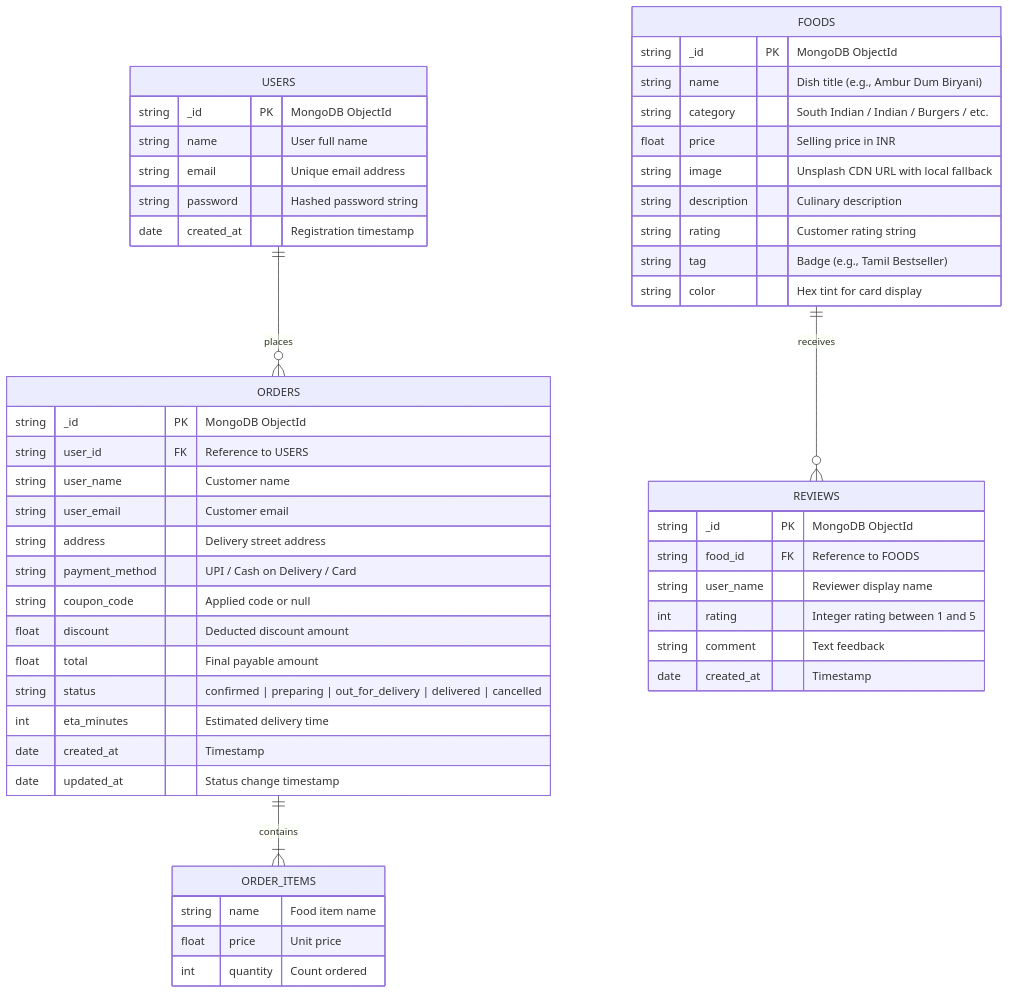
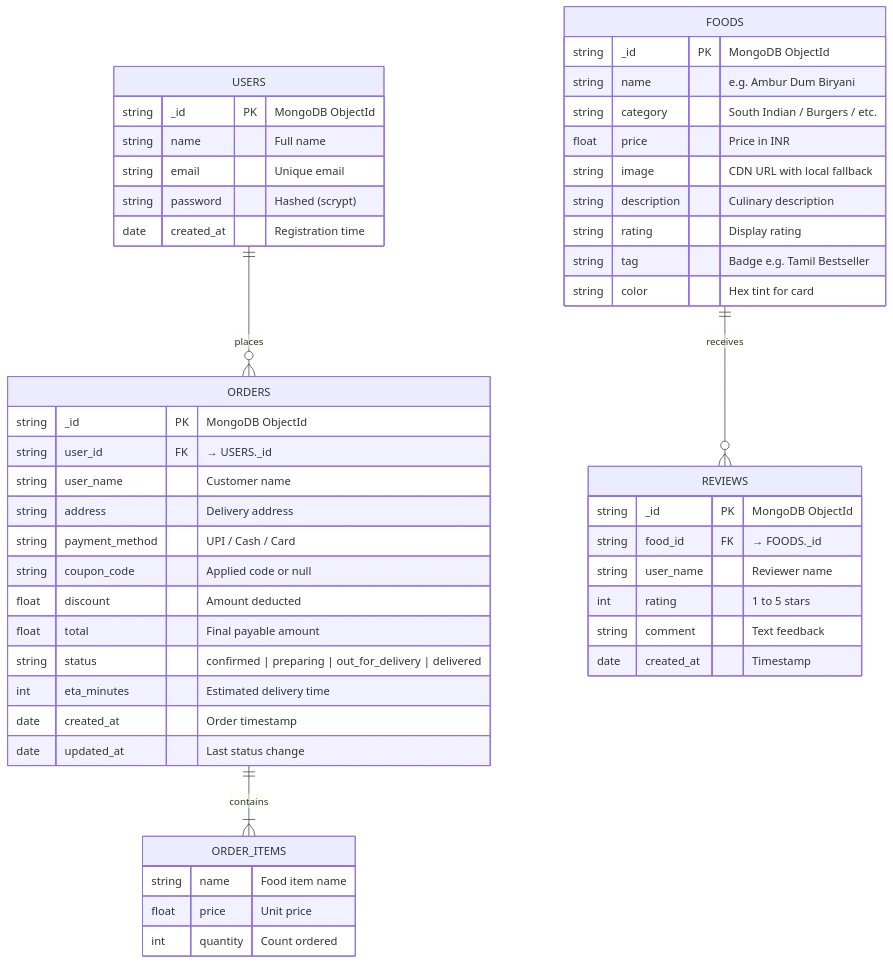
The third of 4 diagrams in SYSTEM_ARCHITECTURE.md (Luffy-44/DevOps_Project), drawn with Mermaid before and after one commit. The commit also changed other lines of this file, not shown here.

Commit message:
docs: rewrite SYSTEM_ARCHITECTURE.md — structured tiers, diagrams, tables, container map

````diff
--- a/SYSTEM_ARCHITECTURE.md
+++ b/SYSTEM_ARCHITECTURE.md
@@ -149,57 +237,56 @@
 ```mermaid
 erDiagram
     USERS ||--o{ ORDERS : places
-    FOODS ||--o{ REVIEWS : receives
+    FOODS  ||--o{ REVIEWS : receives
     ORDERS ||--|{ ORDER_ITEMS : contains
 
     USERS {
-        string _id PK "MongoDB ObjectId"
-        string name "User full name"
-        string email "Unique email address"
-        string password "Hashed password string"
-        date created_at "Registration timestamp"
+        string _id        PK  "MongoDB ObjectId"
+        string name           "Full name"
+        string email          "Unique email"
+        string password       "Hashed (scrypt)"
+        date   created_at     "Registration time"
     }
 
     FOODS {
-        string _id PK "MongoDB ObjectId"
-        string name "Dish title (e.g., Ambur Dum Biryani)"
-        string category "South Indian / Indian / Burgers / etc."
-        float price "Selling price in INR"
-        string image "Unsplash CDN URL with local fallback"
-        string description "Culinary description"
-        string rating "Customer rating string"
-        string tag "Badge (e.g., Tamil Bestseller)"
-        string color "Hex tint for card display"
+        string _id        PK  "MongoDB ObjectId"
+        string name           "e.g. Ambur Dum Biryani"
+        string category       "South Indian / Burgers / etc."
+        float  price          "Price in INR"
+        string image          "CDN URL with local fallback"
+        string description    "Culinary description"
+        string rating         "Display rating"
+        string tag            "Badge e.g. Tamil Bestseller"
+        string color          "Hex tint for card"
     }
 
     ORDERS {
-        string _id PK "MongoDB ObjectId"
-        string user_id FK "Reference to USERS"
-        string user_name "Customer name"
-        string user_email "Customer email"
-        string address "Delivery street address"
-        string payment_method "UPI / Cash on Delivery / Card"
-        string coupon_code "Applied code or null"
-        float discount "Deducted discount amount"
-        float total "Final payable amount"
-        string status "confirmed | preparing | out_for_delivery | delivered | cancelled"
-        int eta_minutes "Estimated delivery time"
-        date created_at "Timestamp"
-        date updated_at "Status change timestamp"
+        string _id          PK  "MongoDB ObjectId"
+        string user_id      FK  "→ USERS._id"
+        string user_name        "Customer name"
+        string address          "Delivery address"
+        string payment_method   "UPI / Cash / Card"
+        string coupon_code      "Applied code or null"
+        float  discount         "Amount deducted"
+        float  total            "Final payable amount"
+        string status           "confirmed | preparing | out_for_delivery | delivered"
+        int    eta_minutes      "Estimated delivery time"
+        date   created_at       "Order timestamp"
+        date   updated_at       "Last status change"
     }
 
     ORDER_ITEMS {
-        string name "Food item name"
-        float price "Unit price"
-        int quantity "Count ordered"
+        string name       "Food item name"
+        float  price      "Unit price"
+        int    quantity   "Count ordered"
     }
 
     REVIEWS {
-        string _id PK "MongoDB ObjectId"
-        string food_id FK "Reference to FOODS"
-        string user_name "Reviewer display name"
-        int rating "Integer rating between 1 and 5"
-        string comment "Text feedback"
-        date created_at "Timestamp"
+        string _id       PK  "MongoDB ObjectId"
+        string food_id   FK  "→ FOODS._id"
+        string user_name     "Reviewer name"
+        int    rating        "1 to 5 stars"
+        string comment       "Text feedback"
+        date   created_at    "Timestamp"
     }
 ```
````
